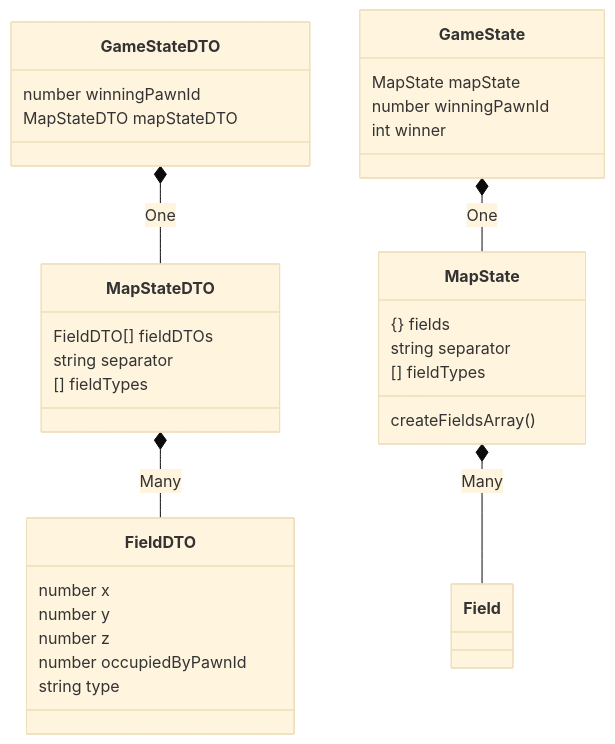
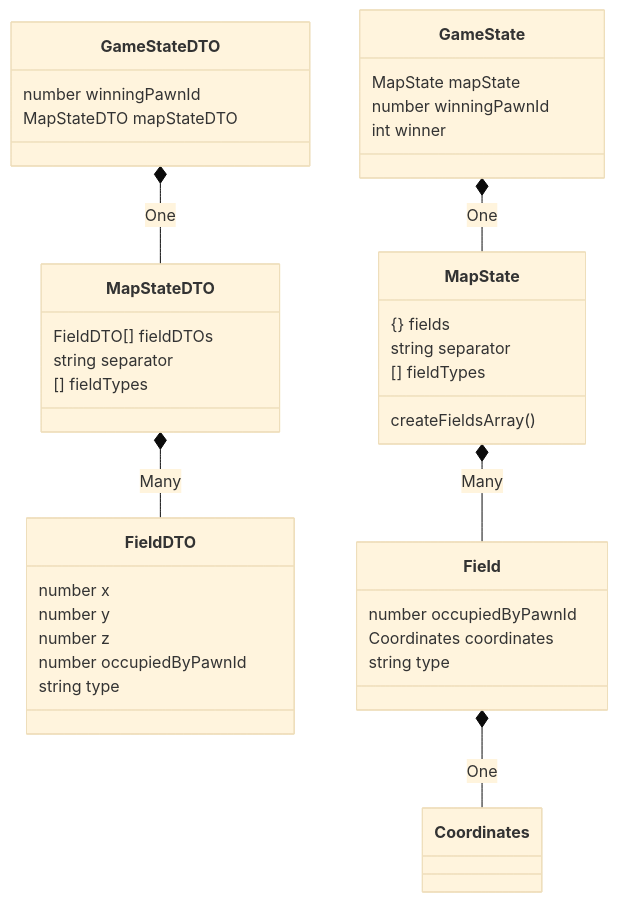
Before and after one commit to stijnlinderman/eldorado: the fifth of 9 diagrams in ARCHITECTURE.md, drawn with Mermaid (base theme).

````diff
--- a/ARCHITECTURE.md
+++ b/ARCHITECTURE.md
@@ -89,24 +89,28 @@
 ```mermaid
 classDiagram
 	GameStateDTO *-- MapStateDTO : One
 	GameStateDTO : number winningPawnId
 	GameStateDTO : MapStateDTO mapStateDTO
 	MapStateDTO *-- FieldDTO : Many
 	MapStateDTO : FieldDTO[] fieldDTOs
 	MapStateDTO : string separator
 	MapStateDTO : [] fieldTypes
 	FieldDTO : number x
 	FieldDTO : number y
 	FieldDTO : number z
 	FieldDTO : number occupiedByPawnId
 	FieldDTO : string type
 	GameState *-- MapState : One
 	GameState : MapState mapState
 	GameState : number winningPawnId
 	GameState : int winner
 	MapState *-- Field : Many
 	MapState : {} fields
 	MapState : string separator
 	MapState : [] fieldTypes
 	MapState : createFieldsArray()
+	Field *-- Coordinates : One
+	Field : number occupiedByPawnId
+	Field : Coordinates coordinates
+	Field : string type
 ```
````
